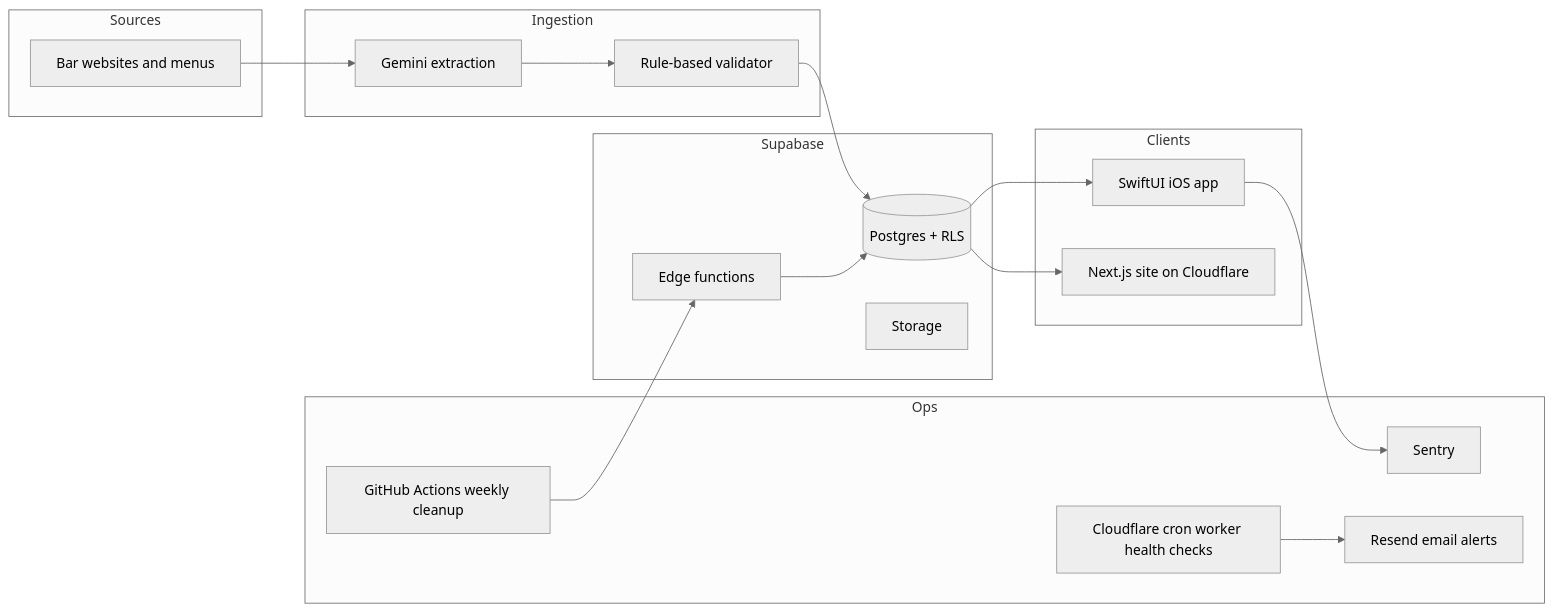
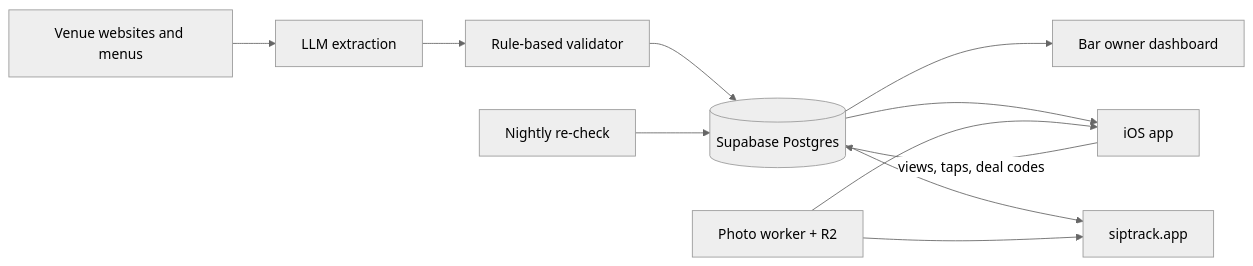
The diagram in README.md (b-lesk/siptrack-overview), drawn with Mermaid (neutral theme) before and after one commit. The commit also changed other lines of this file, not shown here.

Commit message:
Overview: current architecture, deal checks, bar dashboard

````diff
--- a/README.md
+++ b/README.md
@@ -19,32 +17,13 @@
 ```mermaid
 flowchart LR
-  subgraph Sources
-    W[Bar websites and menus]
-  end
-  subgraph Ingestion
-    X[Gemini extraction]
-    V[Rule-based validator]
-  end
-  subgraph Backend[Supabase]
-    PG[(Postgres + RLS)]
-    EF[Edge functions]
-    ST[Storage]
-  end
-  subgraph Clients
-    IOS[SwiftUI iOS app]
-    WEB[Next.js site on Cloudflare]
-  end
-  subgraph Ops
-    CW[Cloudflare cron worker health checks]
-    GA[GitHub Actions weekly cleanup]
-    S[Sentry]
-    R[Resend email alerts]
-  end
-  W --> X --> V --> PG
-  PG --> IOS
-  PG --> WEB
-  EF --> PG
-  IOS --> S
-  CW --> R
-  GA --> EF
+  W[Venue websites and menus] --> X[LLM extraction]
+  X --> V[Rule-based validator]
+  V --> PG[(Supabase Postgres)]
+  PG --> IOS[iOS app]
+  PG --> WEB[siptrack.app]
+  PG --> BARS[Bar owner dashboard]
+  IOS -- views, taps, deal codes --> PG
+  N[Nightly re-check] --> PG
+  PH[Photo worker + R2] --> IOS
+  PH --> WEB
 ```
````
